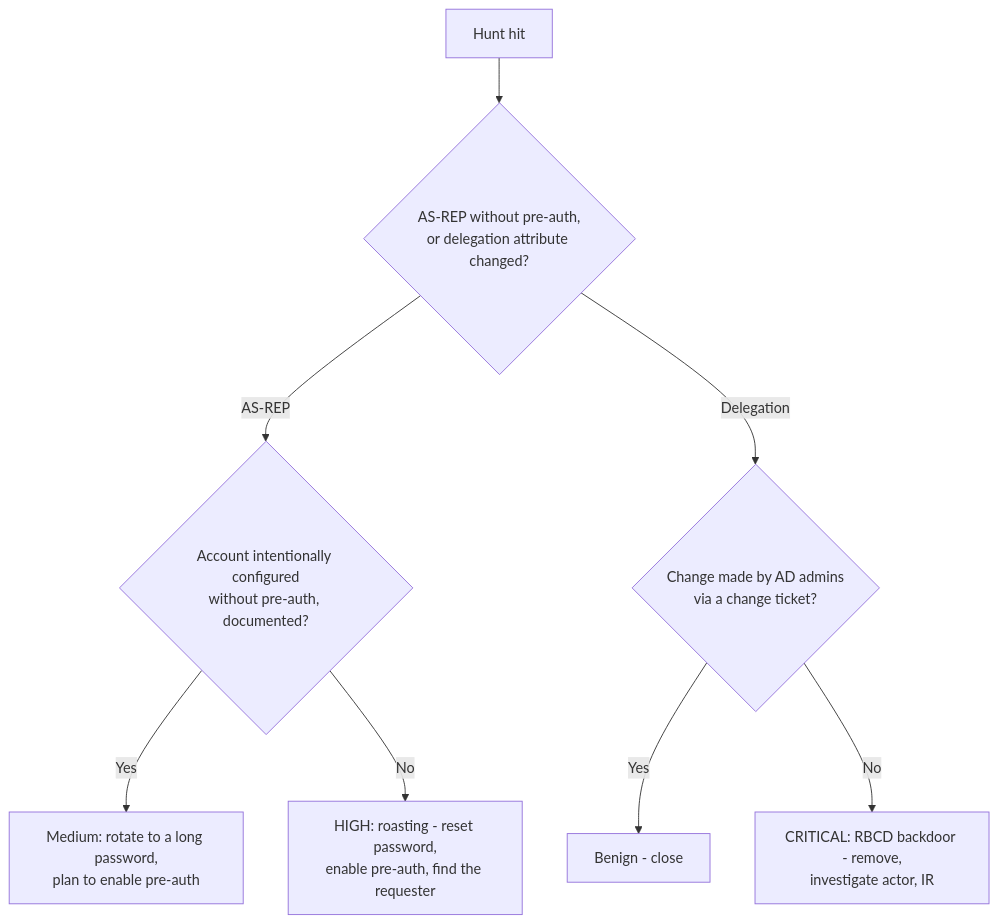
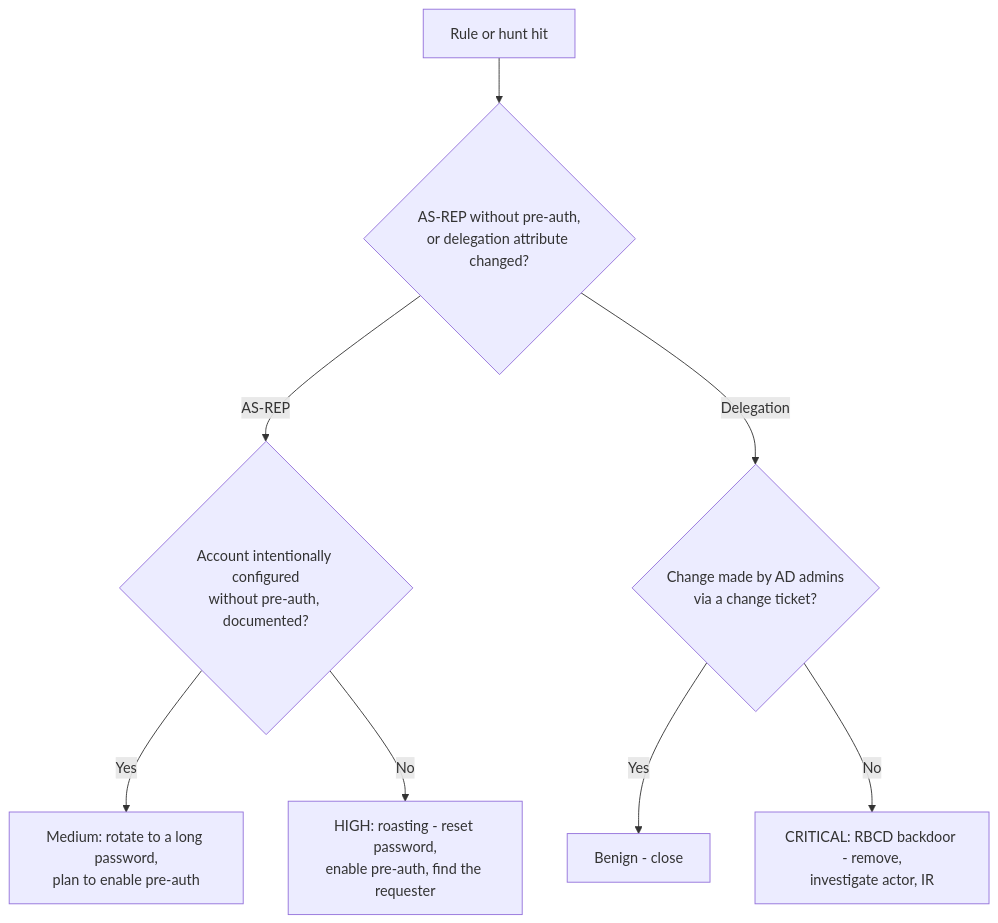
Before and after one commit to rizwancyberlock-svg/soc-triage-playbooks: the diagram in playbooks/identity/asrep-roasting-delegation-abuse.md, drawn with Mermaid. The commit also changed other lines of this file and 25 other files, not shown here.

````diff
--- a/playbooks/identity/asrep-roasting-delegation-abuse.md
+++ b/playbooks/identity/asrep-roasting-delegation-abuse.md
@@ -17,10 +24,10 @@
 ```mermaid
 flowchart TD
-  A[Hunt hit] --> B{AS-REP without pre-auth,<br/>or delegation attribute changed?}
+  A[Rule or hunt hit] --> B{AS-REP without pre-auth,<br/>or delegation attribute changed?}
   B -- AS-REP --> C{Account intentionally configured<br/>without pre-auth, documented?}
   C -- Yes --> D[Medium: rotate to a long password,<br/>plan to enable pre-auth]
   C -- No --> E[HIGH: roasting - reset password,<br/>enable pre-auth, find the requester]
   B -- Delegation --> F{Change made by AD admins<br/>via a change ticket?}
   F -- Yes --> G[Benign - close]
   F -- No --> H[CRITICAL: RBCD backdoor - remove,<br/>investigate actor, IR]
 ```
````
